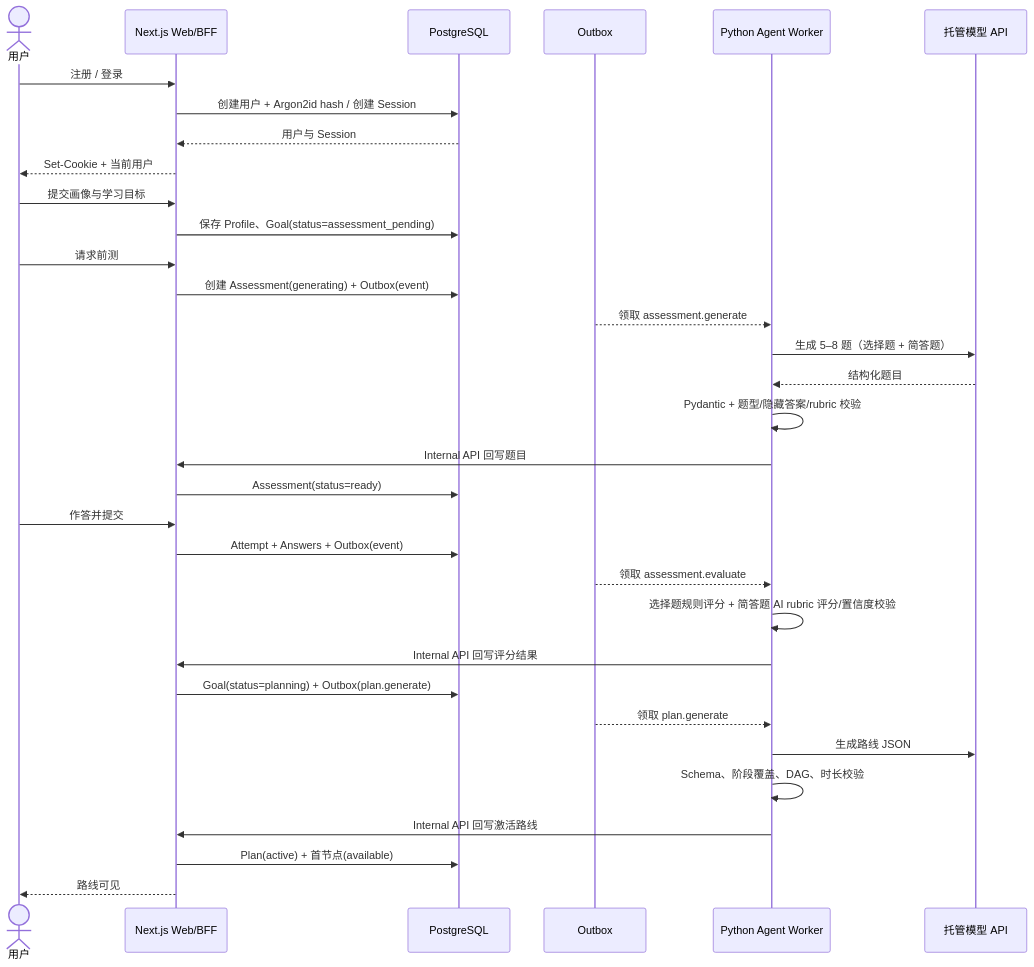
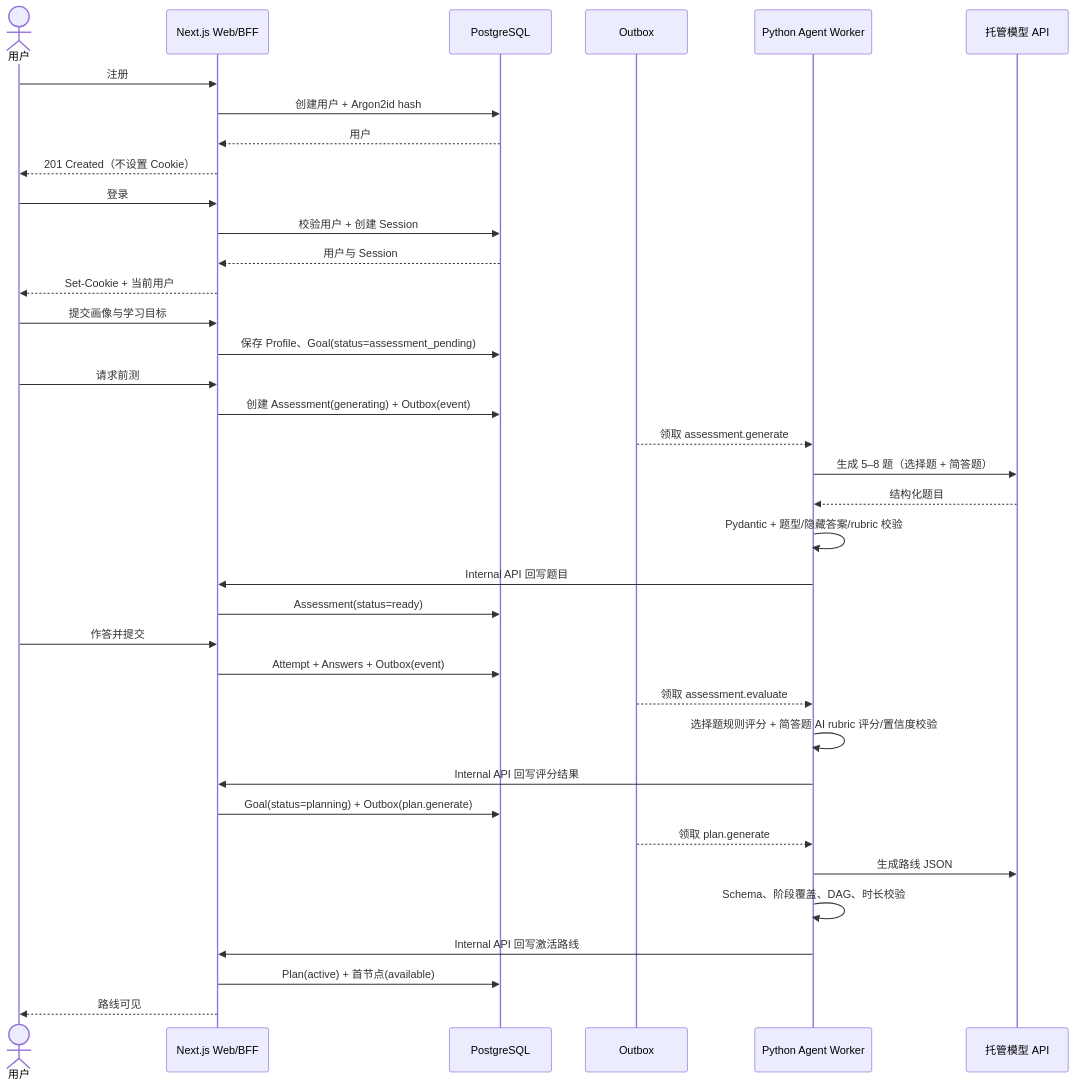
One commit to litieshan2331/LearnCraft changed the second of 5 diagrams in docs/04-MVP-P0实施需求与开发指南.md. Above: the diagram before and after it, drawn with Mermaid. The commit also changed other lines of this file and 67 other files, not shown here.

````diff
--- a/docs/04-MVP-P0实施需求与开发指南.md
+++ b/docs/04-MVP-P0实施需求与开发指南.md
@@ -1139,36 +1137,40 @@
 ```mermaid
 sequenceDiagram
     actor U as 用户
     participant W as Next.js Web/BFF
     participant DB as PostgreSQL
     participant O as Outbox
     participant A as Python Agent Worker
     participant M as 托管模型 API
 
-    U->>W: 注册 / 登录
-    W->>DB: 创建用户 + Argon2id hash / 创建 Session
+    U->>W: 注册
+    W->>DB: 创建用户 + Argon2id hash
+    DB-->>W: 用户
+    W-->>U: 201 Created（不设置 Cookie）
+    U->>W: 登录
+    W->>DB: 校验用户 + 创建 Session
     DB-->>W: 用户与 Session
     W-->>U: Set-Cookie + 当前用户
     U->>W: 提交画像与学习目标
     W->>DB: 保存 Profile、Goal(status=assessment_pending)
     U->>W: 请求前测
     W->>DB: 创建 Assessment(generating) + Outbox(event)
     O-->>A: 领取 assessment.generate
     A->>M: 生成 5–8 题（选择题 + 简答题）
     M-->>A: 结构化题目
     A->>A: Pydantic + 题型/隐藏答案/rubric 校验
     A->>W: Internal API 回写题目
     W->>DB: Assessment(status=ready)
     U->>W: 作答并提交
     W->>DB: Attempt + Answers + Outbox(event)
     O-->>A: 领取 assessment.evaluate
     A->>A: 选择题规则评分 + 简答题 AI rubric 评分/置信度校验
     A->>W: Internal API 回写评分结果
     W->>DB: Goal(status=planning) + Outbox(plan.generate)
     O-->>A: 领取 plan.generate
     A->>M: 生成路线 JSON
     A->>A: Schema、阶段覆盖、DAG、时长校验
     A->>W: Internal API 回写激活路线
     W->>DB: Plan(active) + 首节点(available)
     W-->>U: 路线可见
 ```
````
